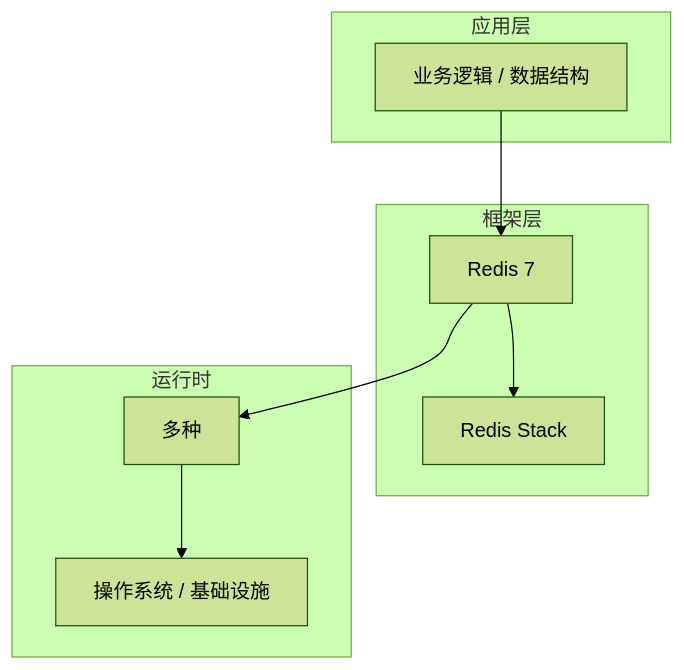
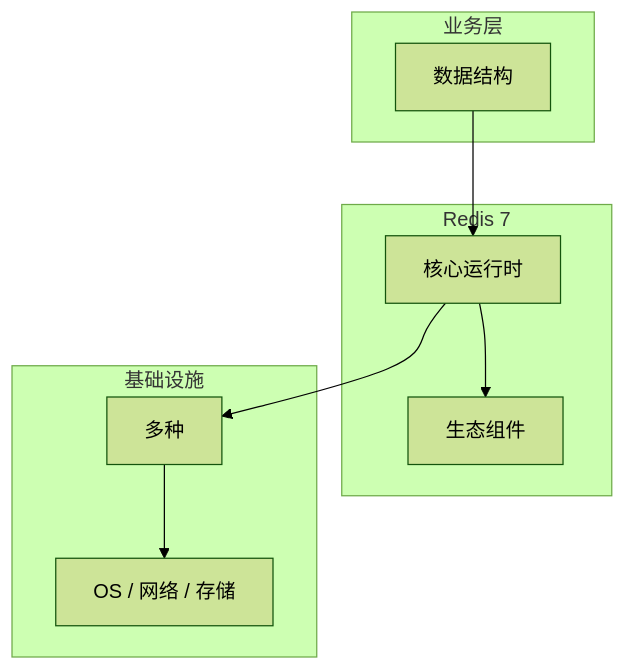
Before and after one commit to yanggan2015/knowledge-json-v2: the diagram in articles/Redis/chapters/007-数据结构核心概念与原理.md, drawn with Mermaid (forest theme). The commit also changed other lines of this file and 10127 other files, not shown here.

````diff
--- a/articles/Redis/chapters/007-数据结构核心概念与原理.md
+++ b/articles/Redis/chapters/007-数据结构核心概念与原理.md
@@ -45,18 +30,18 @@
 ```mermaid
 graph TB
-    subgraph 应用层
-        A[业务逻辑 / 数据结构]
+    subgraph 业务层
+        A[数据结构]
     end
-    subgraph 框架层
-        B[Redis 7]
-        C[Redis Stack]
+    subgraph Redis 7
+        B[核心运行时]
+        C[生态组件]
     end
-    subgraph 运行时
+    subgraph 基础设施
         D[多种]
-        E[操作系统 / 基础设施]
+        E[OS / 网络 / 存储]
     end
     A --> B
     B --> C
     B --> D
     D --> E
 ```
````
